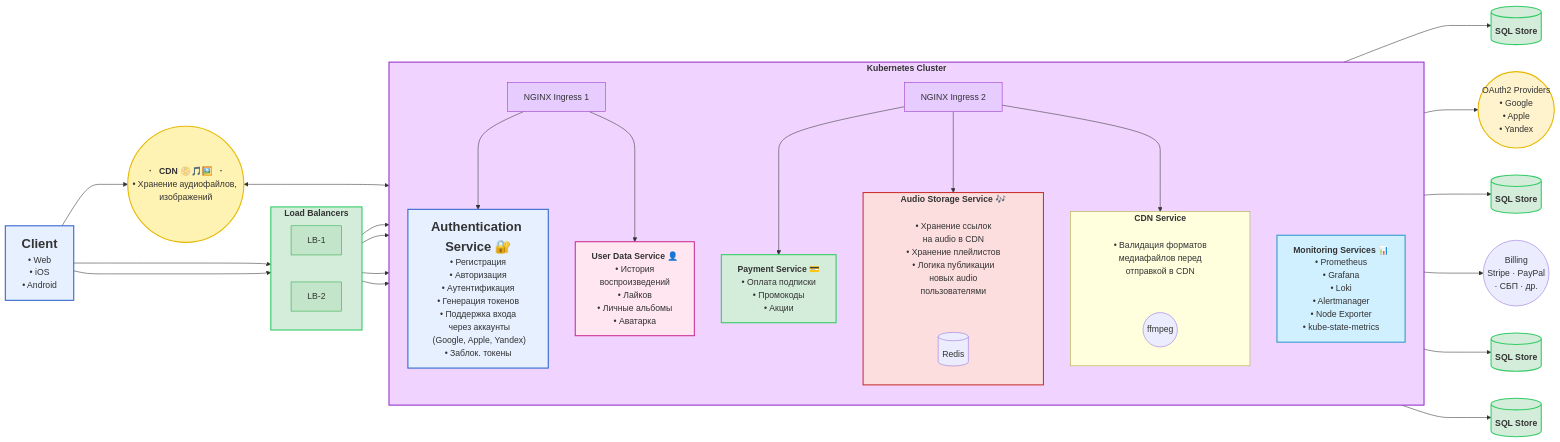
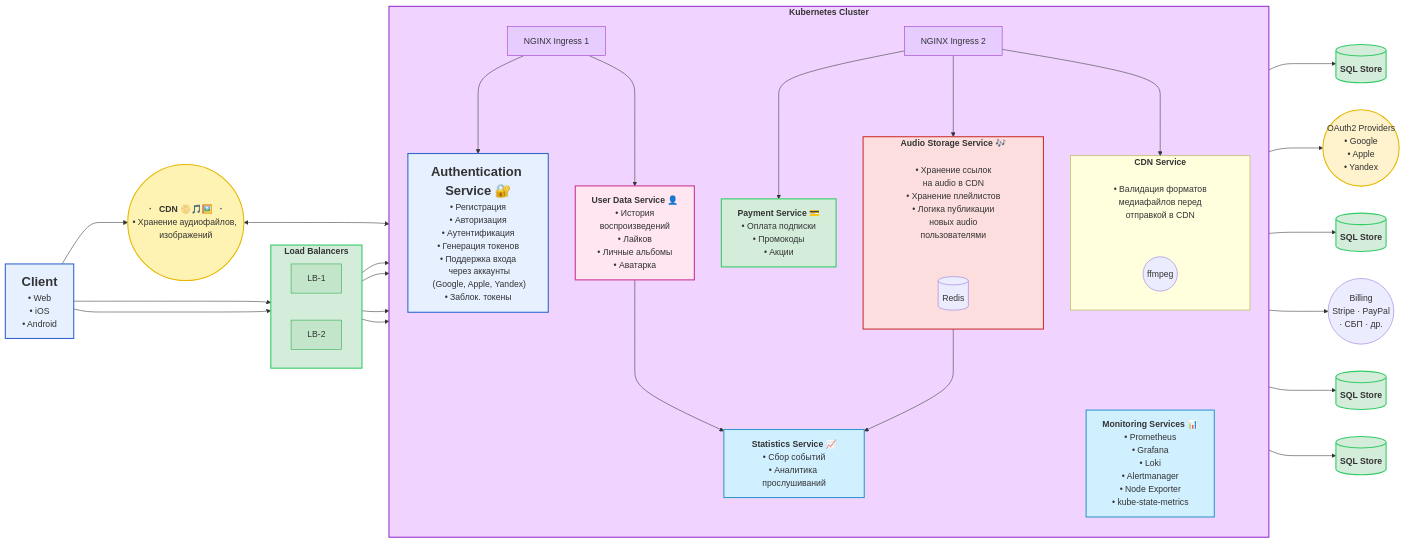
The first of 3 diagrams in architecture.md (KmnPetr/SysDesign), drawn with Mermaid before and after one commit. The commit also changed 1 other file, not shown here.

````diff
--- a/architecture.md
+++ b/architecture.md
@@ -39,6 +39,8 @@
         end
 
         USER_DATA["<b>User Data Service 👤</b><br/>• История<br/> воспроизведений<br/>• Лайков<br/>• Личные альбомы<br/>• Аватарка"]
+
+        STATS["<b>Statistics Service 📈</b><br/>• Сбор событий<br/>• Аналитика прослушиваний"]
 
         subgraph CDN_SR["<b>CDN Service</b>"]
             direction LR
@@ -89,6 +91,9 @@
     USER_DATA--->STORE3
     MUSIC_STORAGE--->STORE4
 
+    USER_DATA ---> STATS
+    MUSIC_STORAGE ---> STATS
+
     %% Стили
     style CLIENT fill:#e6f0ff,stroke:#3366cc,stroke-width:2px
     style LB fill:#d4edda,stroke:#33cc66,stroke-width:2px
@@ -109,5 +114,6 @@
     style OAUTH fill:#fff3cd,stroke:#e6b800,stroke-width:2px
     style NOTE fill:transparent,stroke-width:0
     style MONITOR fill:#d1f0ff,stroke:#3399cc,stroke-width:2px
+    style STATS fill:#d1f0ff,stroke:#3399cc,stroke-width:2px
     style NOTE2 fill:transparent,stroke-width:0
 ```
````
